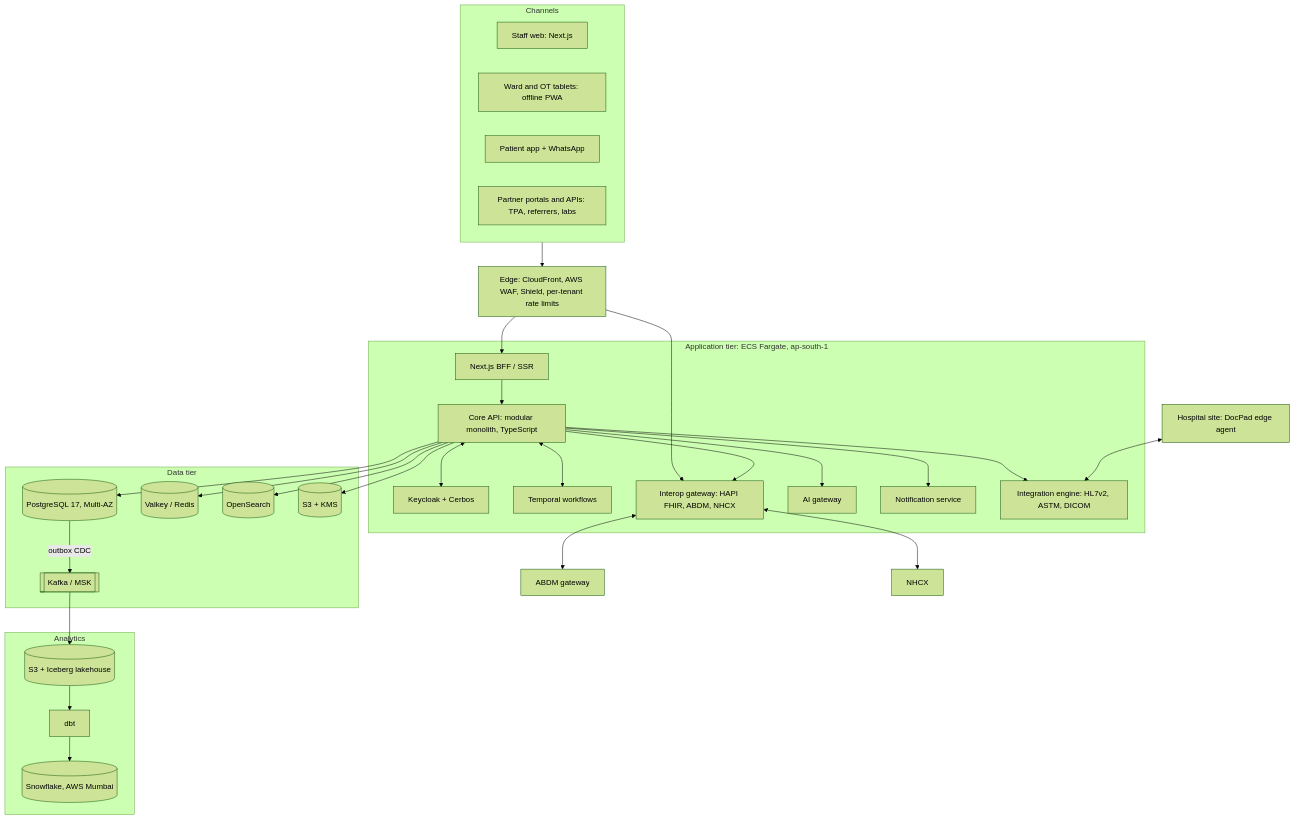
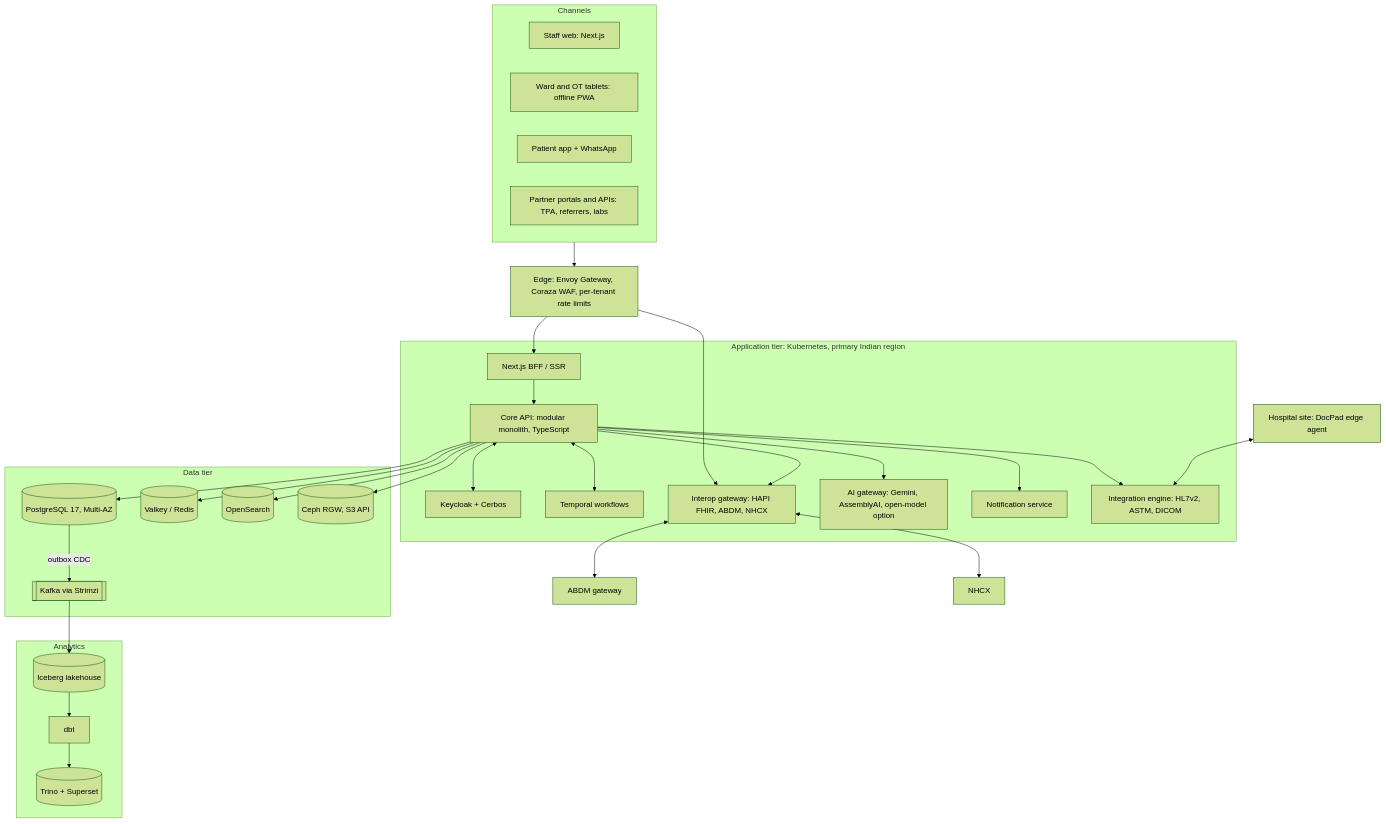
Before and after one commit to docpadsolutions-ai/docpad-clean: the first of 10 diagrams in docs/architecture/TARGET-ARCHITECTURE.md, drawn with Mermaid (forest theme). The commit also changed other lines of this file and 1 other file, not shown here.

````diff
--- a/docs/architecture/TARGET-ARCHITECTURE.md
+++ b/docs/architecture/TARGET-ARCHITECTURE.md
@@ -77,43 +78,43 @@
 ```mermaid
 flowchart TB
   subgraph CH[Channels]
     SW[Staff web: Next.js]
     TAB[Ward and OT tablets: offline PWA]
     PA[Patient app + WhatsApp]
     PP[Partner portals and APIs: TPA, referrers, labs]
   end
-  EDGE[Edge: CloudFront, AWS WAF, Shield, per-tenant rate limits]
+  EDGE[Edge: Envoy Gateway, Coraza WAF, per-tenant rate limits]
   CH --> EDGE
-  subgraph APP[Application tier: ECS Fargate, ap-south-1]
+  subgraph APP[Application tier: Kubernetes, primary Indian region]
     BFF[Next.js BFF / SSR]
     IAM[Keycloak + Cerbos]
     CORE[Core API: modular monolith, TypeScript]
     WF[Temporal workflows]
     INT[Interop gateway: HAPI FHIR, ABDM, NHCX]
-    AIG[AI gateway]
+    AIG[AI gateway: Gemini, AssemblyAI, open-model option]
     NTF[Notification service]
     IE[Integration engine: HL7v2, ASTM, DICOM]
   end
   EDGE --> BFF --> CORE
   EDGE --> INT
   CORE <--> IAM
   CORE <--> WF
   CORE --> INT & AIG & NTF & IE
   subgraph DATA[Data tier]
     PG[(PostgreSQL 17, Multi-AZ)]
     RD[(Valkey / Redis)]
     OS[(OpenSearch)]
-    S3[(S3 + KMS)]
-    K[[Kafka / MSK]]
+    S3[(Ceph RGW, S3 API)]
+    K[[Kafka via Strimzi]]
   end
   CORE --> PG & RD & OS & S3
   PG -- outbox CDC --> K
   subgraph AN[Analytics]
-    LH[(S3 + Iceberg lakehouse)]
+    LH[(Iceberg lakehouse)]
     DBT[dbt]
-    SF[(Snowflake, AWS Mumbai)]
+    SF[(Trino + Superset)]
   end
   K --> LH --> DBT --> SF
   SITE[Hospital site: DocPad edge agent] <--> IE
   INT <--> ABDM[ABDM gateway] & NHCX[NHCX]
 ```
````
